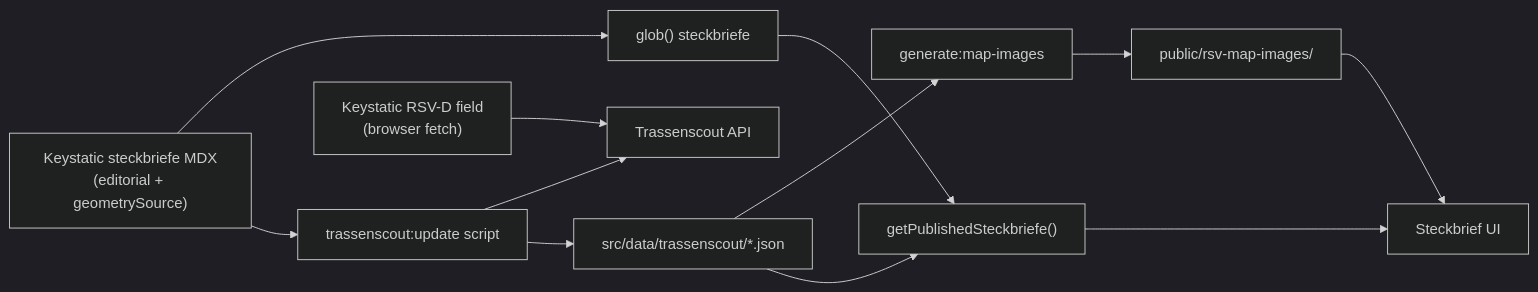
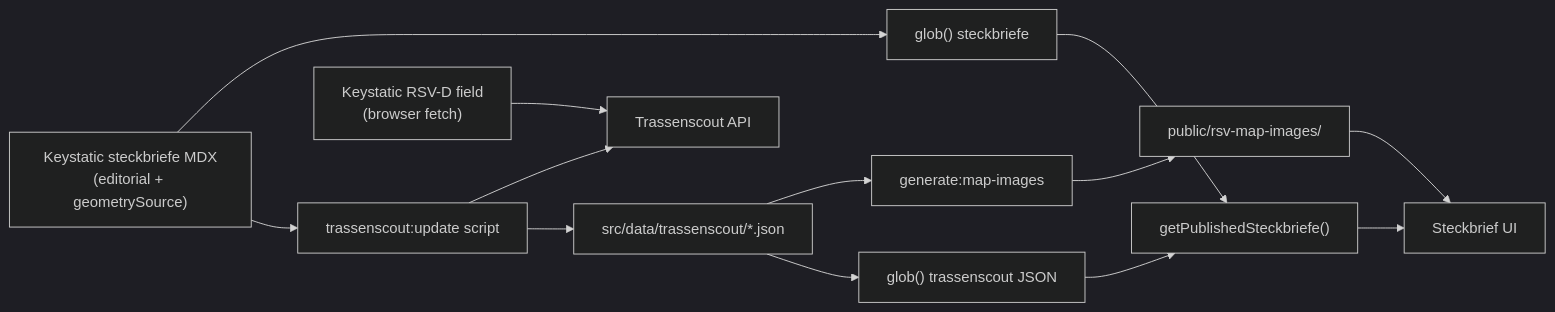
Before and after one commit to FixMyBerlin/rsv-info: the diagram in docs/DATA.md, drawn with Mermaid (dark theme). The commit also changed other lines of this file and 20 other files, not shown here.

````diff
--- a/docs/DATA.md
+++ b/docs/DATA.md
@@ -7,23 +7,24 @@
 ```mermaid
 flowchart LR
   ksYaml["Keystatic steckbriefe MDX\n(editorial + geometrySource)"]
   globMdx["glob() steckbriefe"]
   updateScript["trassenscout:update script"]
   tsApi["Trassenscout API"]
   json["src/data/trassenscout/*.json"]
+  globCache["glob() trassenscout JSON"]
   mapScript["generate:map-images"]
   pngs["public/rsv-map-images/"]
   join["getPublishedSteckbriefe()"]
   ui[Steckbrief UI]
   keystaticField["Keystatic RSV-D field\n(browser fetch)"]
 
   ksYaml --> globMdx --> join
   ksYaml --> updateScript
   updateScript --> tsApi
   updateScript --> json
   json --> mapScript --> pngs
-  json --> join
+  json --> globCache --> join
   pngs --> ui
   join --> ui
   keystaticField --> tsApi
 ```
````
